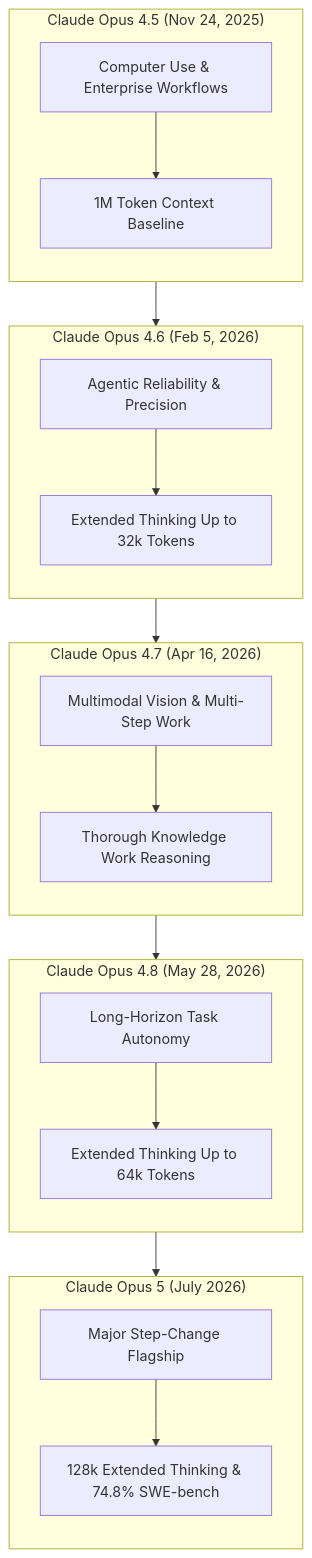
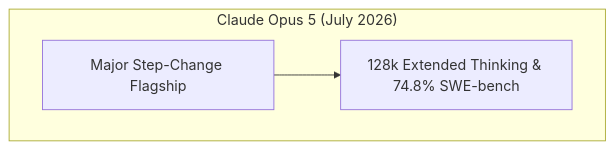
Before and after one commit to narenandu/narenvadapalli_dot_com: the fifth of 6 diagrams in contents/blog/0061-anthropic-claude-opus-5-architectural-guide/index.md, drawn with Mermaid. The commit also changed other lines of this file and 22 other files, not shown here.

Commit message:
fix(blog): resolve side-by-side Mermaid diagrams, KaTeX math formatting, and alert tags across all blogs

````diff
--- a/contents/blog/0061-anthropic-claude-opus-5-architectural-guide/index.md
+++ b/contents/blog/0061-anthropic-claude-opus-5-architectural-guide/index.md
@@ -50,24 +78,6 @@
 ```mermaid
 flowchart TD
-    subgraph O45["Claude Opus 4.5 (Nov 24, 2025)"]
-        direction TB
-        A1["Computer Use & Enterprise Workflows"] --> A2["1M Token Context Baseline"]
-    end
-    subgraph O46["Claude Opus 4.6 (Feb 5, 2026)"]
-        direction TB
-        B1["Agentic Reliability & Precision"] --> B2["Extended Thinking Up to 32k Tokens"]
-    end
-    subgraph O47["Claude Opus 4.7 (Apr 16, 2026)"]
-        direction TB
-        C1["Multimodal Vision & Multi-Step Work"] --> C2["Thorough Knowledge Work Reasoning"]
-    end
-    subgraph O48["Claude Opus 4.8 (May 28, 2026)"]
-        direction TB
-        D1["Long-Horizon Task Autonomy"] --> D2["Extended Thinking Up to 64k Tokens"]
-    end
     subgraph O5["Claude Opus 5 (July 2026)"]
-        direction TB
         E1["Major Step-Change Flagship"] --> E2["128k Extended Thinking & 74.8% SWE-bench"]
     end
-    O45 --> O46 --> O47 --> O48 --> O5
 ```
````
